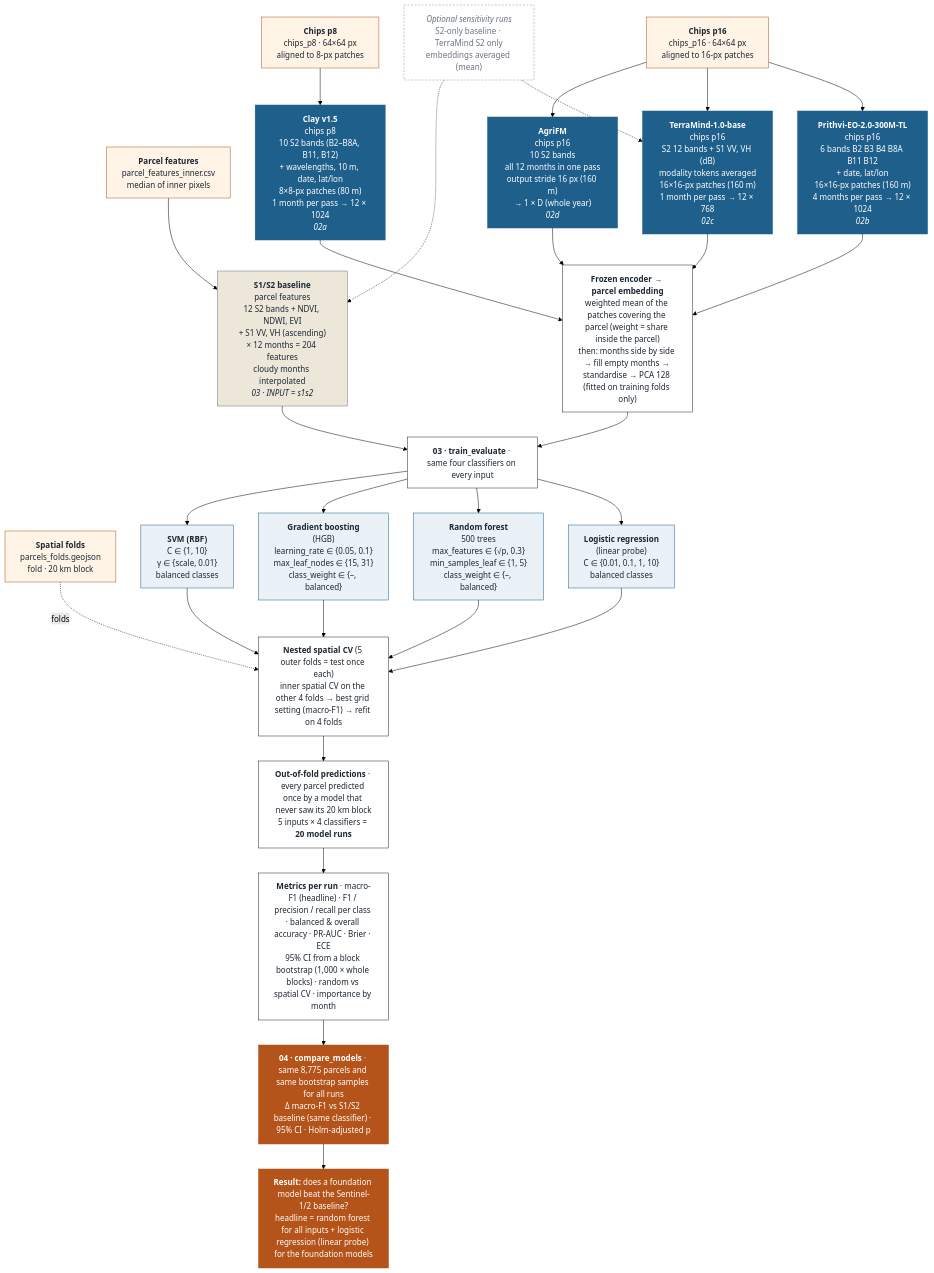
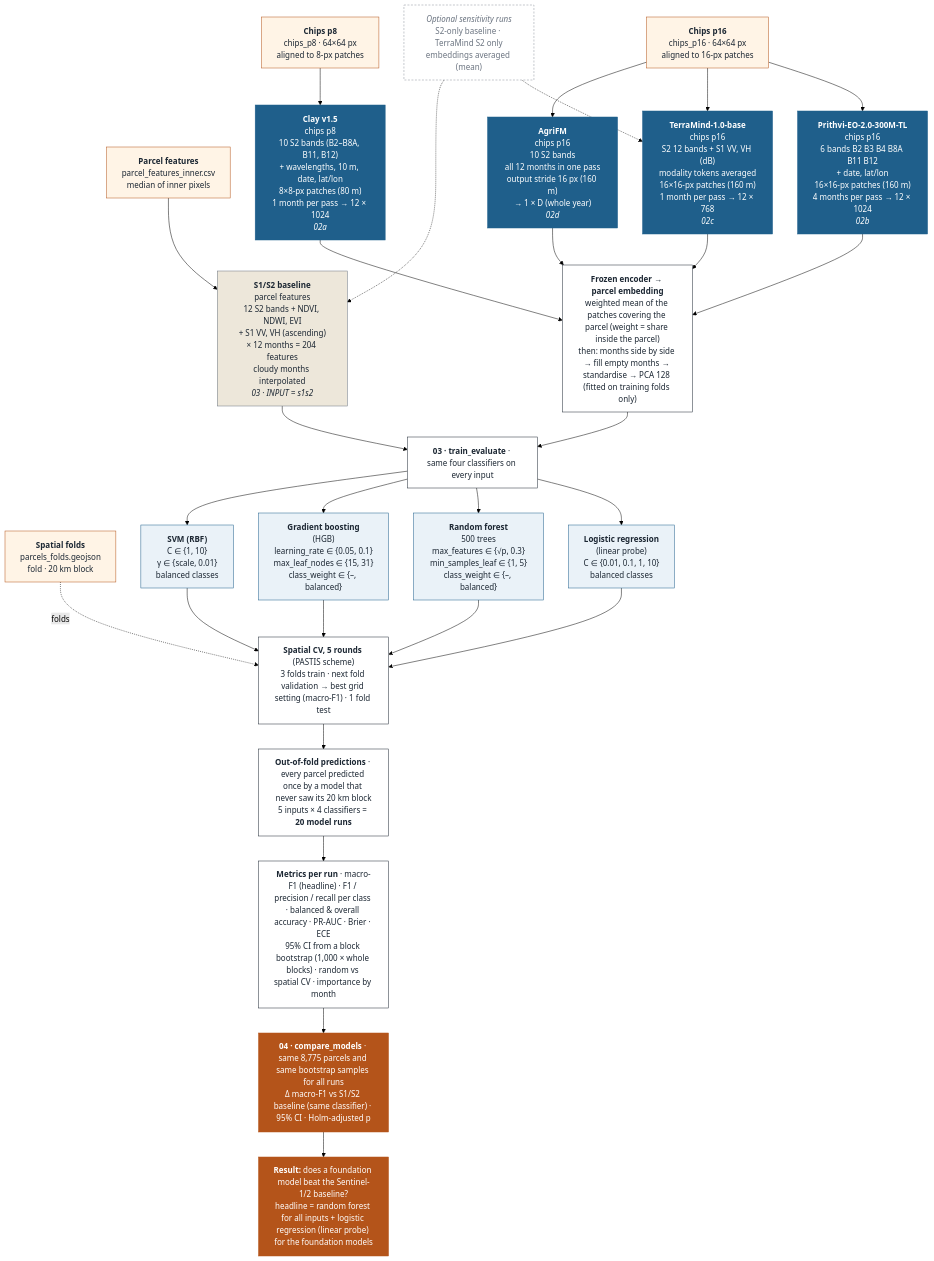
Before and after one commit to amanchry/irrimapping-geofm: the first of 8 diagrams in models_run/README.md, drawn with Mermaid (forest theme). The commit also changed other lines of this file and 127 other files, not shown here.

````diff
--- a/models_run/README.md
+++ b/models_run/README.md
@@ -27,61 +29,61 @@
 ```mermaid
 flowchart TD
     %% ---------- Part 1 outputs (8,781 parcels · 12 months Sep–Aug · 5 spatial folds)
     FO["<b>Spatial folds</b><br/>parcels_folds.geojson<br/>fold · 20 km block"]
     C16["<b>Chips p16</b><br/>chips_p16 · 64×64 px<br/>aligned to 16-px patches"]
     C8["<b>Chips p8</b><br/>chips_p8 · 64×64 px<br/>aligned to 8-px patches"]
     FA["<b>Parcel features</b><br/>parcel_features_inner.csv<br/>median of inner pixels"]
 
     %% ---------- the five inputs
     C16 --> B4["<b>AgriFM</b><br/>chips p16<br/>10 S2 bands<br/>all 12 months in one pass<br/>output stride 16 px (160 m)<br/>→ 1 × D (whole year)<br/><i>02d</i>"]
     C16 --> B3["<b>TerraMind-1.0-base</b><br/>chips p16<br/>S2 12 bands + S1 VV, VH (dB)<br/>modality tokens averaged<br/>16×16-px patches (160 m)<br/>1 month per pass → 12 × 768<br/><i>02c</i>"]
     C16 --> B2["<b>Prithvi-EO-2.0-300M-TL</b><br/>chips p16<br/>6 bands B2 B3 B4 B8A B11 B12<br/>+ date, lat/lon<br/>16×16-px patches (160 m)<br/>4 months per pass → 12 × 1024<br/><i>02b</i>"]
     C8 --> B1["<b>Clay v1.5</b><br/>chips p8<br/>10 S2 bands (B2–B8A, B11, B12)<br/>+ wavelengths, 10 m, date, lat/lon<br/>8×8-px patches (80 m)<br/>1 month per pass → 12 × 1024<br/><i>02a</i>"]
     FA --> B0["<b>S1/S2 baseline</b><br/>parcel features<br/>12 S2 bands + NDVI, NDWI, EVI<br/>+ S1 VV, VH (ascending)<br/>× 12 months = 204 features<br/>cloudy months interpolated<br/><i>03 · INPUT = s1s2</i>"]
 
     %% ---------- embeddings -> features
     B1 --> POOL["<b>Frozen encoder → parcel embedding</b><br/>weighted mean of the patches covering the parcel (weight = share inside the parcel)<br/>then: months side by side → fill empty months → standardise → PCA 128 (fitted on training folds only)"]
     B2 --> POOL
     B3 --> POOL
     B4 --> POOL
 
     %% ---------- classifiers (03)
     B0 --> HUB["<b>03 · train_evaluate</b> · same four classifiers on every input"]
     POOL --> HUB
     HUB --> K4["<b>SVM (RBF)</b><br/>C ∈ {1, 10}<br/>γ ∈ {scale, 0.01}<br/>balanced classes"]
     HUB --> K3["<b>Gradient boosting</b><br/>(HGB)<br/>learning_rate ∈ {0.05, 0.1}<br/>max_leaf_nodes ∈ {15, 31}<br/>class_weight ∈ {–, balanced}"]
     HUB --> K2["<b>Random forest</b><br/>500 trees<br/>max_features ∈ {√p, 0.3}<br/>min_samples_leaf ∈ {1, 5}<br/>class_weight ∈ {–, balanced}"]
     HUB --> K1["<b>Logistic regression</b><br/>(linear probe)<br/>C ∈ {0.01, 0.1, 1, 10}<br/>balanced classes"]
 
     %% ---------- validation
-    K1 --> CV1["<b>Nested spatial CV</b> (5 outer folds = test once each)<br/>inner spatial CV on the other 4 folds → best grid setting (macro-F1) → refit on 4 folds"]
+    K1 --> CV1["<b>Spatial CV, 5 rounds</b> (PASTIS scheme)<br/>3 folds train · next fold validation → best grid setting (macro-F1) · 1 fold test"]
     K2 --> CV1
     K3 --> CV1
     K4 --> CV1
     FO -. "folds" .-> CV1
 
     CV1 --> OOF["<b>Out-of-fold predictions</b> · every parcel predicted once by a model that never saw its 20 km block<br/>5 inputs × 4 classifiers = <b>20 model runs</b>"]
     OOF --> M["<b>Metrics per run</b> · macro-F1 (headline) · F1 / precision / recall per class · balanced & overall accuracy · PR-AUC · Brier · ECE<br/>95% CI from a block bootstrap (1,000 × whole blocks) · random vs spatial CV · importance by month"]
     M --> CMP["<b>04 · compare_models</b> · same 8,775 parcels and same bootstrap samples for all runs<br/>Δ macro-F1 vs S1/S2 baseline (same classifier) · 95% CI · Holm-adjusted p"]
     CMP --> ANS["<b>Result:</b> does a foundation model beat the Sentinel-1/2 baseline?<br/>headline = random forest for all inputs + logistic regression (linear probe) for the foundation models"]
 
     %% ---------- optional sensitivity runs
     SENS["<i>Optional sensitivity runs</i><br/>S2-only baseline · TerraMind S2 only<br/>embeddings averaged (mean)"]
     SENS -.-> B0
     SENS -.-> B3
 
     classDef data fill:#FFF4E6,stroke:#B4541A,color:#1C2733
     classDef base fill:#EDE7DA,stroke:#6B7480,color:#1C2733
     classDef fm fill:#1F5F8B,color:#fff,stroke:#1F5F8B
     classDef step fill:#FFFFFF,stroke:#1C2733,color:#1C2733
     classDef clf fill:#EAF2F8,stroke:#1F5F8B,color:#1C2733
     classDef out fill:#B4541A,color:#fff,stroke:#B4541A
     classDef opt fill:#FFFFFF,stroke:#8A919A,color:#6B7480,stroke-dasharray:4 3
     class FA,C8,C16,PS,FO data
     class B0 base
     class B1,B2,B3,B4 fm
     class POOL,HUB,CV1,OOF,M step
     class K1,K2,K3,K4 clf
     class CMP,ANS out
     class SENS opt
 ```
````
